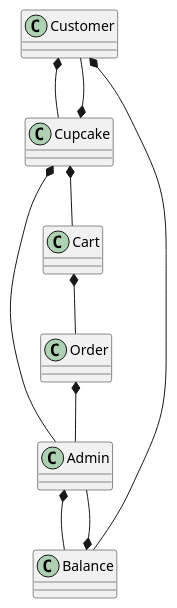
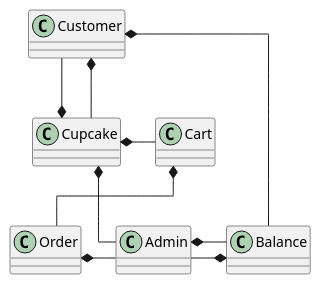
Before and after one commit to TRossen89/cupcake_dat2: the diagram in src/doc/uml/Domain diagram.puml, drawn with PlantUML.

Commit message:
Fixes to diagram
Making the domain diagram horizontal

```diff
--- a/src/doc/uml/Domain diagram.puml
+++ b/src/doc/uml/Domain diagram.puml
@@ -1,14 +1,16 @@
 @startuml
 'https://plantuml.com/sequence-diagram
 
-Admin *-- Balance
-Balance *-- Admin
-Order *-- Admin
-Cart *-- Order
-Cupcake *-- Cart
+skinparam linetype ortho
+
+Admin *- Balance
+Balance *- Admin
+Order *- Admin
+Cart *- Order
+Cupcake *- Cart
 Cupcake *-- Admin
 Cupcake *-- Customer
 Customer *-- Cupcake
 Customer *-- Balance
 
 @enduml
```
